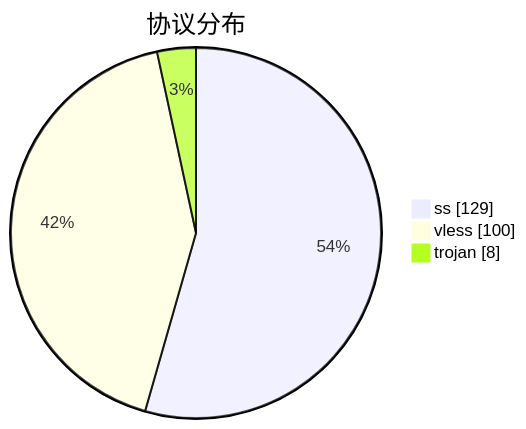
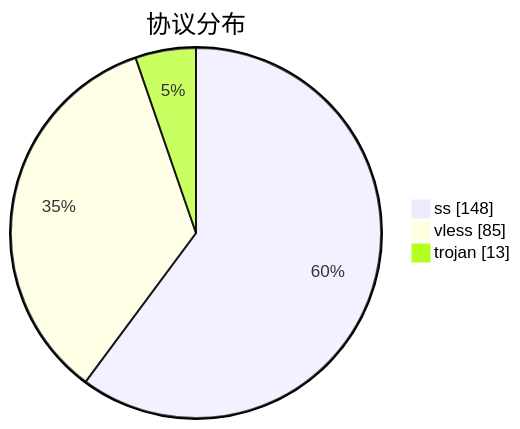
Before and after one commit to qjlxg/airport: the third of 3 diagrams in subs/statistics/tested_within.md, drawn with Mermaid. The commit also changed other lines of this file and 2 other files, not shown here.

````diff
--- a/subs/statistics/tested_within.md
+++ b/subs/statistics/tested_within.md
@@ -30,7 +35,7 @@
 ```mermaid
 pie showData
 title 协议分布
-"ss" : 129
-"vless" : 100
-"trojan" : 8
+"ss" : 148
+"vless" : 85
+"trojan" : 13
 ```
````
